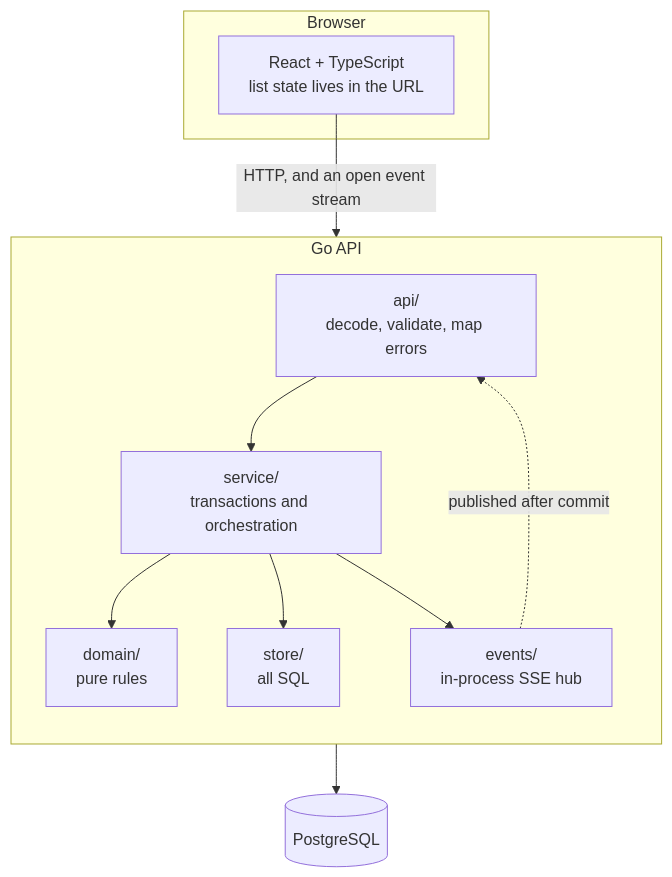
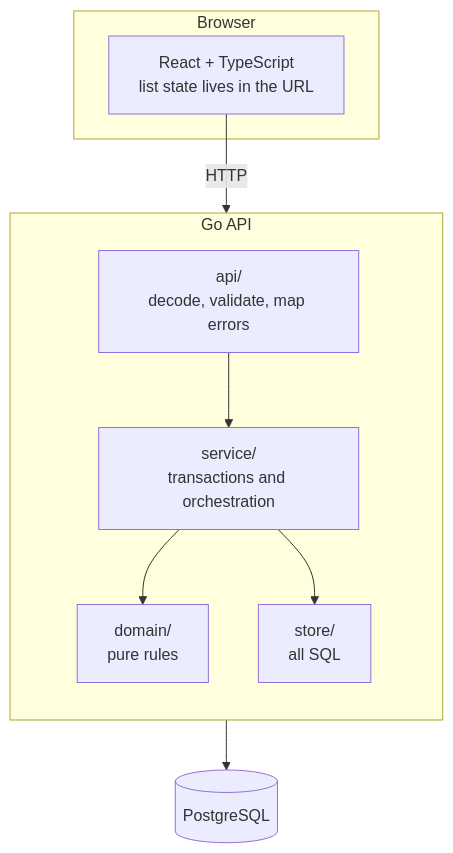
The first of 5 diagrams in ARCHITECTURE.md (jiachwen99/sf-assignment), drawn with Mermaid before and after one commit. The commit also changed other lines of this file and 6 other files, not shown here.

````diff
--- a/ARCHITECTURE.md
+++ b/ARCHITECTURE.md
@@ -7,25 +9,22 @@
 ```mermaid
 flowchart TB
   subgraph browser["Browser"]
     ui["React + TypeScript<br/>list state lives in the URL"]
   end
 
   subgraph server["Go API"]
     direction TB
     http["api/<br/>decode, validate, map errors"]
     svc["service/<br/>transactions and orchestration"]
     dom["domain/<br/>pure rules"]
     store["store/<br/>all SQL"]
-    hub["events/<br/>in-process SSE hub"]
   end
 
   db[("PostgreSQL")]
 
-  ui -->|"HTTP, and an open event stream"| http
+  ui -->|"HTTP"| http
   http --> svc
   svc --> dom
   svc --> store
-  svc --> hub
-  hub -.->|"published after commit"| http
   store --> db
 ```
````
